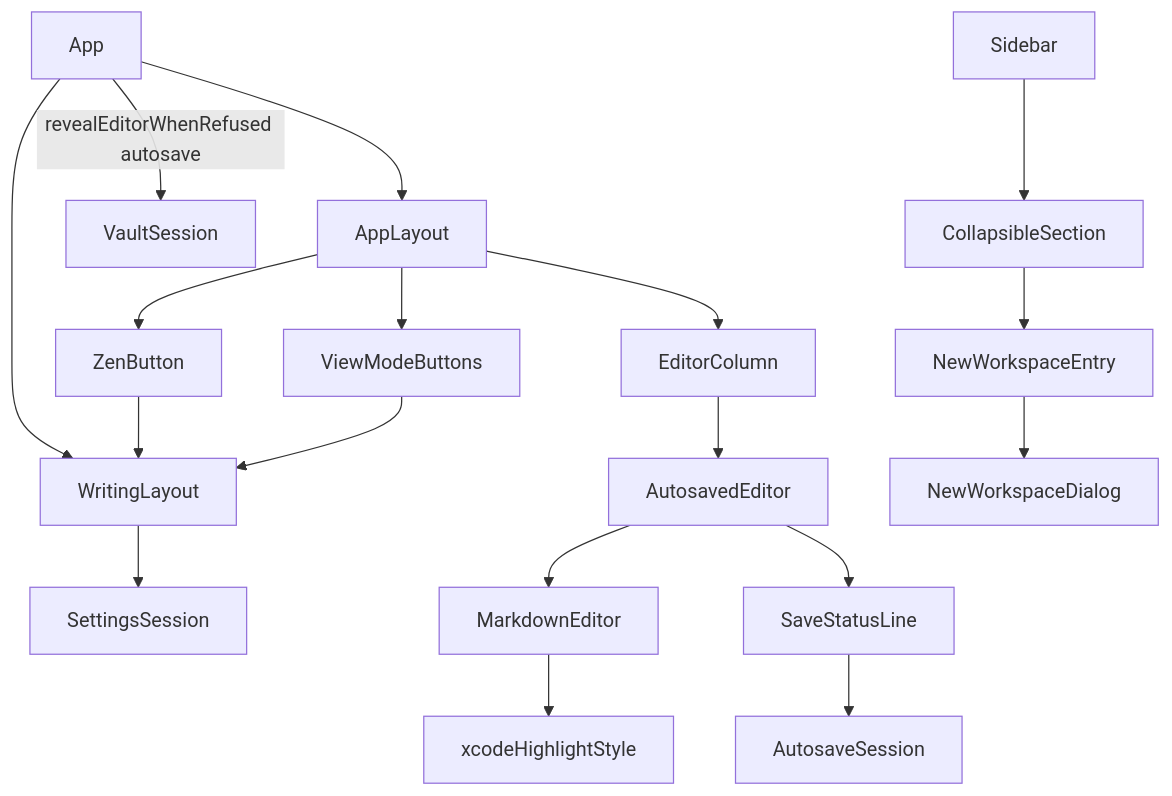
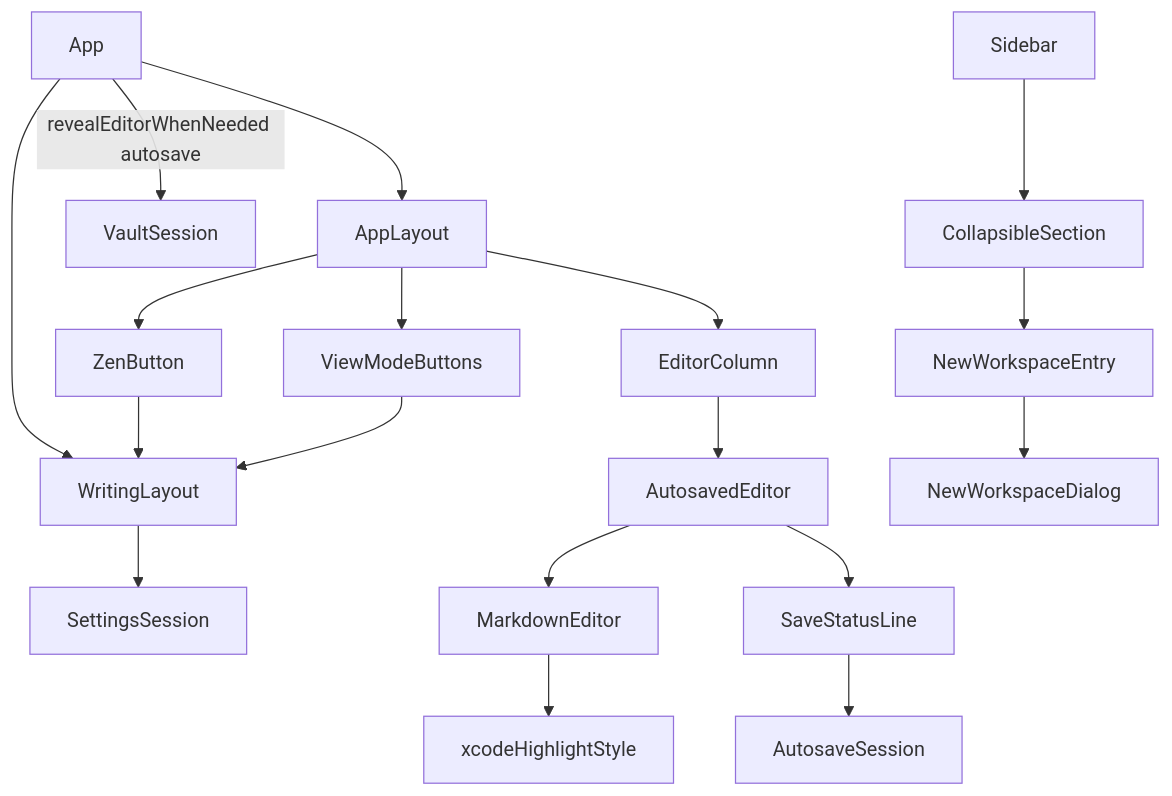
The diagram in .sdd/2026-08-21-editing-surface-and-view-modes/ARCH.md (CodeMachine0121/Rustle), drawn with Mermaid before and after one commit. The commit also changed other lines of this file and 1 other file, not shown here.

Commit message:
docs: note when the editor comes back and the single workspace submit

````diff
--- a/.sdd/2026-08-21-editing-surface-and-view-modes/ARCH.md
+++ b/.sdd/2026-08-21-editing-surface-and-view-modes/ARCH.md
@@ -76,13 +76,13 @@
 ```mermaid
 flowchart TD
     App --> WritingLayout
     App --> AppLayout
     WritingLayout --> SettingsSession
-    App -->|revealEditorWhenRefused autosave| VaultSession
+    App -->|revealEditorWhenNeeded autosave| VaultSession
     AppLayout --> ZenButton & ViewModeButtons
     ZenButton & ViewModeButtons --> WritingLayout
     AppLayout --> EditorColumn --> AutosavedEditor --> MarkdownEditor & SaveStatusLine
     MarkdownEditor --> xcodeHighlightStyle
     SaveStatusLine --> AutosaveSession
     Sidebar --> CollapsibleSection --> NewWorkspaceEntry --> NewWorkspaceDialog
 ```
````
